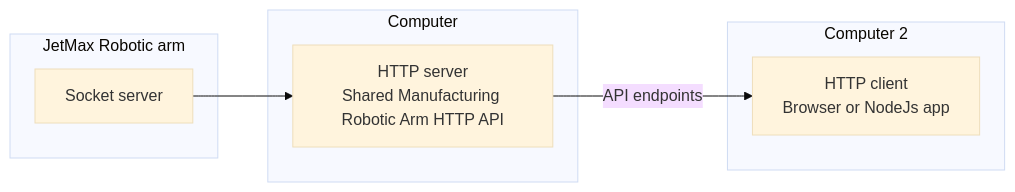
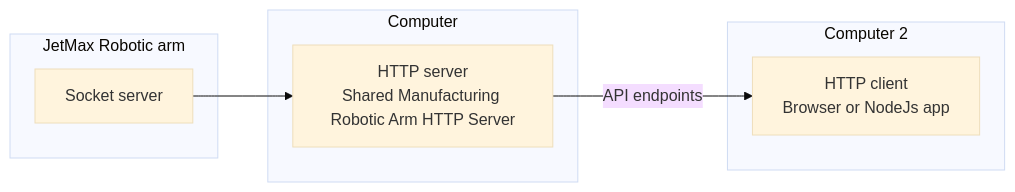
One commit to matek100/shr-mfg-robotic-arm-http-server changed the diagram in README.md. Above: the diagram before and after it, drawn with Mermaid (base theme).

````diff
--- a/README.md
+++ b/README.md
@@ -9,14 +9,14 @@
 ```mermaid
 graph LR
 subgraph JetMax Robotic arm
 A[Socket server]
 end
 subgraph Computer
-B[HTTP server<br>Shared Manufacturing Robotic Arm HTTP API]
+B[HTTP server<br>Shared Manufacturing Robotic Arm HTTP Server]
 end	
 A-->B
 subgraph Computer 2
 C[HTTP client <br> Browser or NodeJs app]
 end
 B-->|API endpoints|C 
 ```
````
